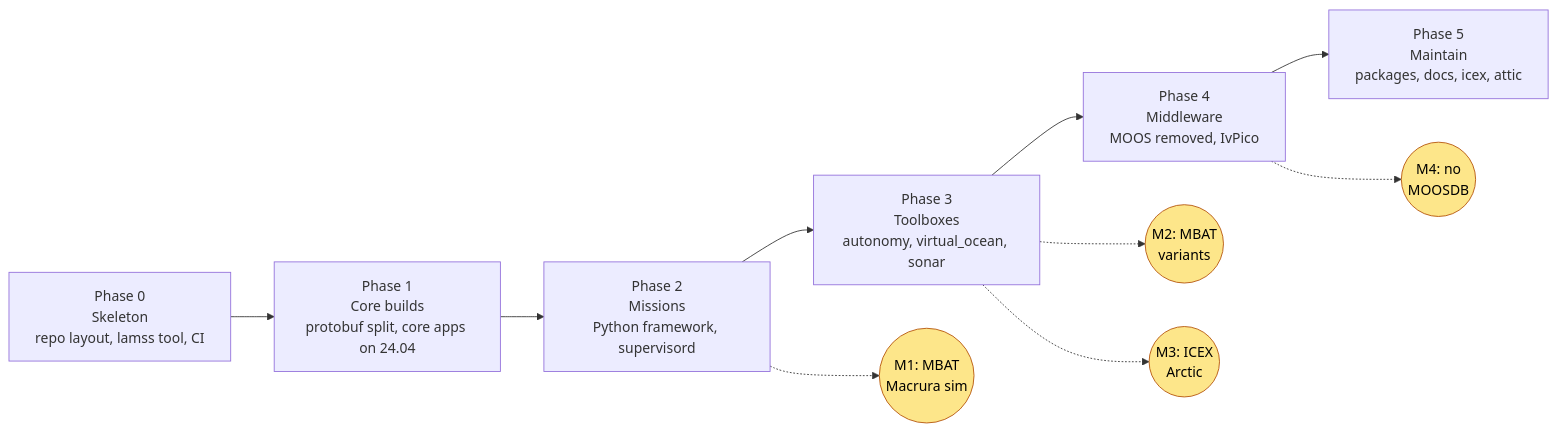
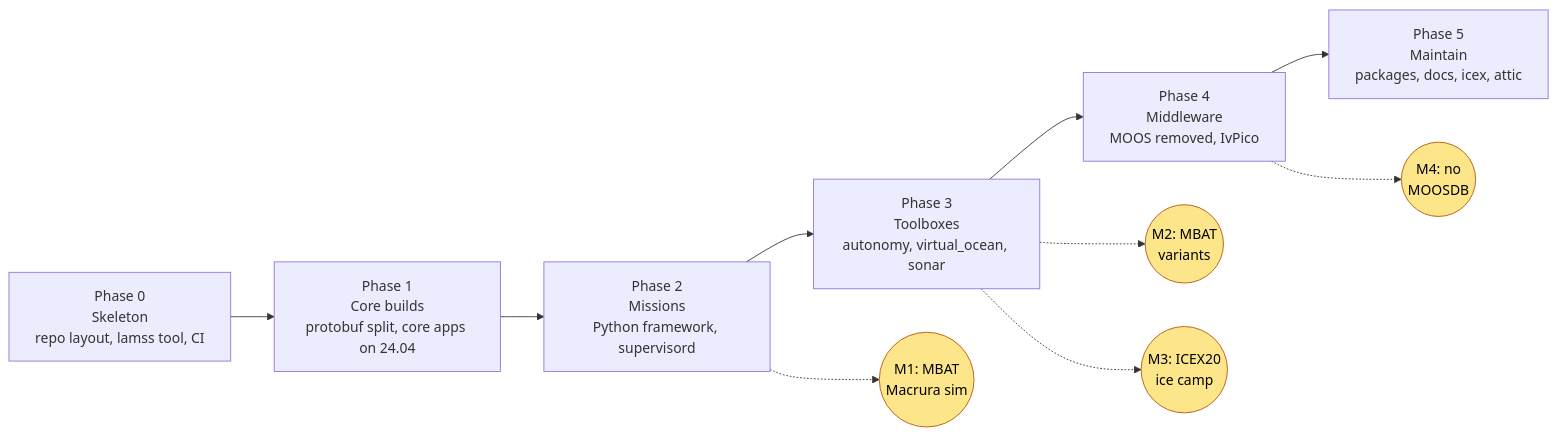
The first of 3 diagrams in core/src/doc/plan/claude/00-overview.md (GobySoft/lamss3), drawn with Mermaid before and after one commit. The commit also changed other lines of this file and 4 other files, not shown here.

First line of the commit message:
Make icex20 the M3 target cruise instead of arctic

````diff
--- a/core/src/doc/plan/claude/00-overview.md
+++ b/core/src/doc/plan/claude/00-overview.md
@@ -45,19 +45,19 @@
 ```mermaid
 flowchart LR
   P0["Phase 0<br/>Skeleton<br/>repo layout, lamss tool, CI"]
   P1["Phase 1<br/>Core builds<br/>protobuf split, core apps on 24.04"]
   P2["Phase 2<br/>Missions<br/>Python framework, supervisord"]
   P3["Phase 3<br/>Toolboxes<br/>autonomy, virtual_ocean, sonar"]
   P4["Phase 4<br/>Middleware<br/>MOOS removed, IvPico"]
   P5["Phase 5<br/>Maintain<br/>packages, docs, icex, attic"]
   P0 --> P1 --> P2 --> P3 --> P4 --> P5
   M1(("M1: MBAT<br/>Macrura sim")):::ms
   M2(("M2: MBAT<br/>variants")):::ms
-  M3(("M3: ICEX<br/>Arctic")):::ms
+  M3(("M3: ICEX20<br/>ice camp")):::ms
   M4(("M4: no<br/>MOOSDB")):::ms
   P2 -.-> M1
   P3 -.-> M2
   P3 -.-> M3
   P4 -.-> M4
   classDef ms fill:#fde68a,stroke:#b45309,color:#000
 ```
````
